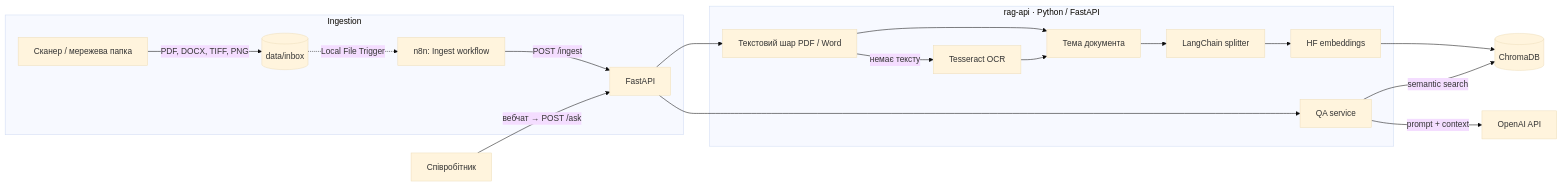
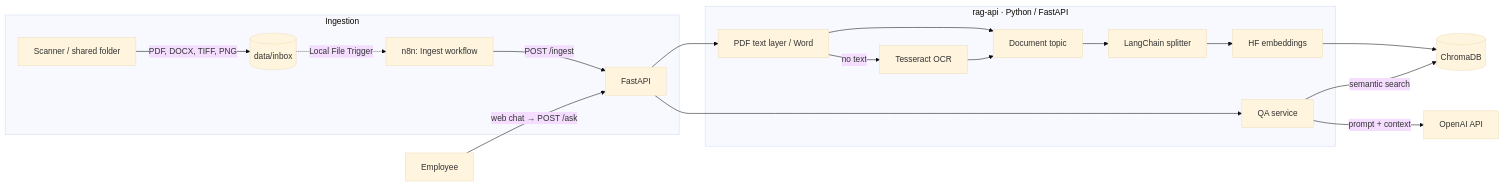
One commit to mmoskovchuk/rag-support-assistant changed the diagram in README.md. Above: the diagram before and after it, drawn with Mermaid (base theme). The commit also changed other lines of this file and 2 other files, not shown here.

Commit message:
docs: add english readme, web chat screenshot and badges

````diff
--- a/README.md
+++ b/README.md
@@ -9,24 +27,24 @@
 ```mermaid
 flowchart LR
     subgraph Ingestion
-        S[Сканер / мережева папка] -->|PDF, DOCX, TIFF, PNG| IN[(data/inbox)]
+        S[Scanner / shared folder] -->|PDF, DOCX, TIFF, PNG| IN[(data/inbox)]
         IN -. Local File Trigger .-> N1[n8n: Ingest workflow]
         N1 -->|POST /ingest| API
     end
 
     subgraph rag-api [rag-api · Python / FastAPI]
-        API[FastAPI] --> EX[Текстовий шар PDF / Word]
-        EX -->|немає тексту| OCR[Tesseract OCR]
-        EX --> TP[Тема документа]
+        API[FastAPI] --> EX[PDF text layer / Word]
+        EX -->|no text| OCR[Tesseract OCR]
+        EX --> TP[Document topic]
         OCR --> TP
         TP --> CH[LangChain splitter]
         CH --> EMB[HF embeddings]
         API --> QA[QA service]
     end
 
     EMB --> DB[(ChromaDB)]
     QA -->|semantic search| DB
     QA -->|prompt + context| OAI[OpenAI API]
 
-    U[Співробітник] -->|вебчат → POST /ask| API
+    U[Employee] -->|web chat → POST /ask| API
 ```
````
